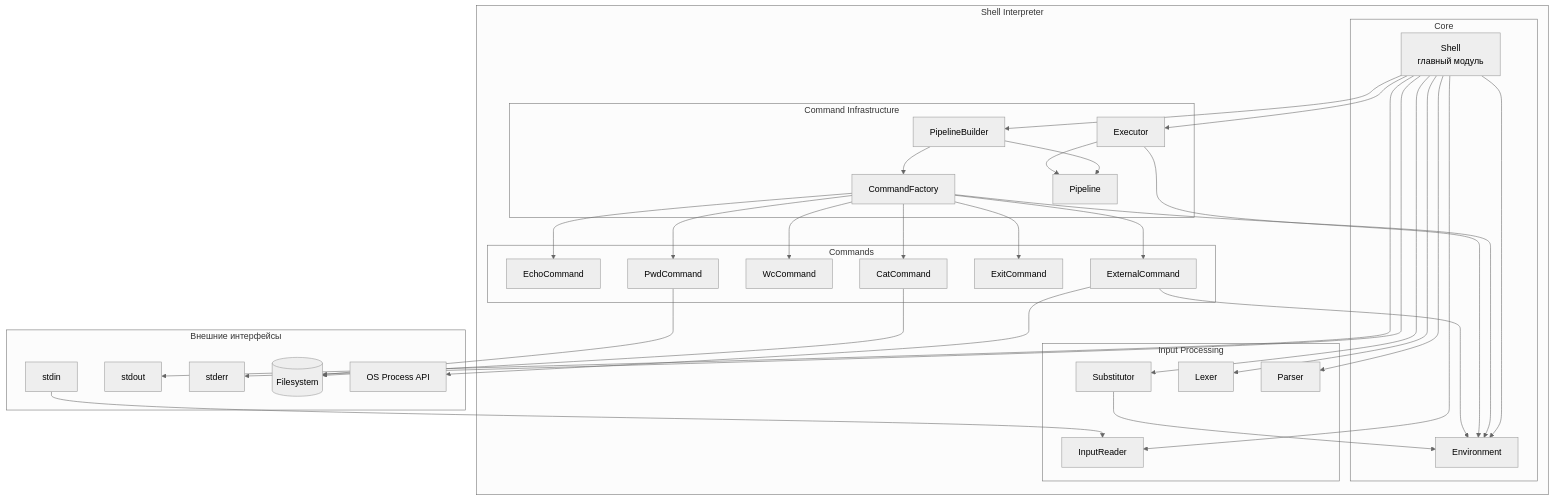
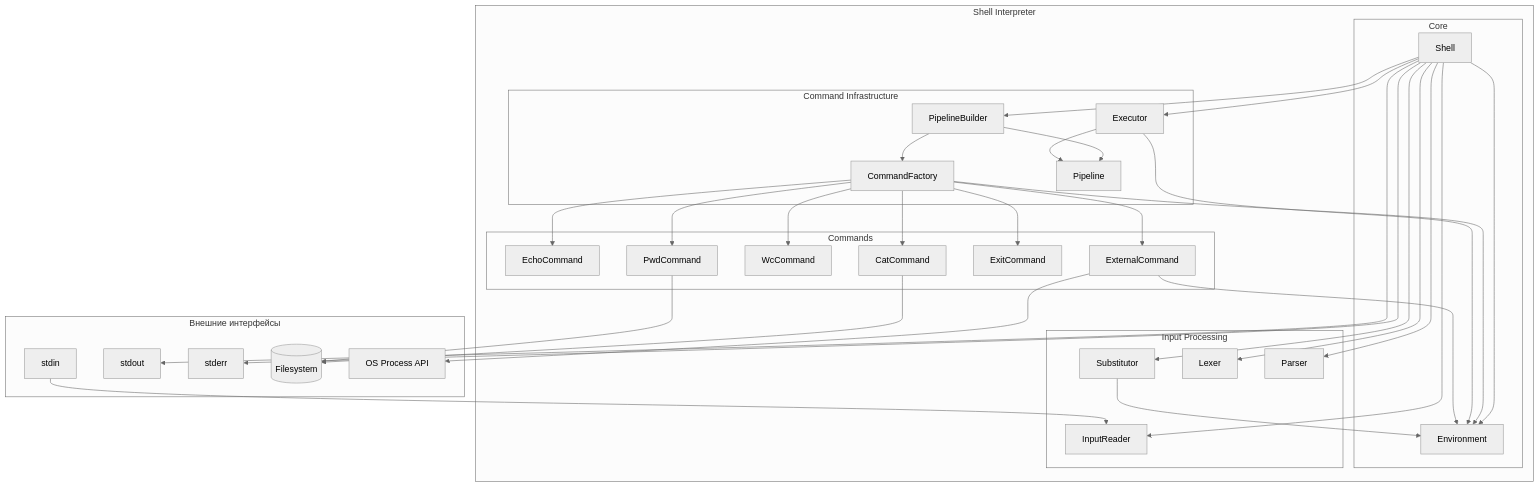
Before and after one commit to yv0vaa/SE-2026: the third of 4 diagrams in docs/ARCHITECTURE.md, drawn with Mermaid (neutral theme). The commit also changed other lines of this file, not shown here.

Commit message:
docs: fix diagramm rendering

````diff
--- a/docs/ARCHITECTURE.md
+++ b/docs/ARCHITECTURE.md
@@ -1121,72 +1076,72 @@
 ```mermaid
 flowchart TB
     subgraph External["Внешние интерфейсы"]
         STDIN[stdin]
         STDOUT[stdout]
         STDERR[stderr]
         FS[(Filesystem)]
         OS[OS Process API]
     end
     
     subgraph ShellInterpreter["Shell Interpreter"]
         subgraph Core["Core"]
-            Shell[Shell<br/>главный модуль]
+            Shell[Shell]
             ENV[Environment]
         end
         
         subgraph InputProcessing["Input Processing"]
             IR[InputReader]
             SUB[Substitutor]
             LEX[Lexer]
             PAR[Parser]
         end
         
         subgraph CommandInfra["Command Infrastructure"]
             CF[CommandFactory]
             PL[Pipeline]
             PB[PipelineBuilder]
             EX[Executor]
         end
         
         subgraph Commands["Commands"]
             ECHO[EchoCommand]
             CAT[CatCommand]
             WC[WcCommand]
             PWD[PwdCommand]
             EXIT[ExitCommand]
             EXT[ExternalCommand]
         end
     end
     
     STDIN --> IR
     Shell --> STDOUT
     Shell --> STDERR
     
     Shell --> IR
     Shell --> SUB
     Shell --> LEX
     Shell --> PAR
     Shell --> PB
     Shell --> EX
     Shell --> ENV
     
     SUB --> ENV
     PB --> CF
     CF --> ENV
     
     CF --> ECHO
     CF --> CAT
     CF --> WC
     CF --> PWD
     CF --> EXIT
     CF --> EXT
     
     PB --> PL
     EX --> PL
     EX --> ENV
     
     CAT --> FS
     EXT --> OS
     EXT --> ENV
     PWD --> FS
 ```
````
